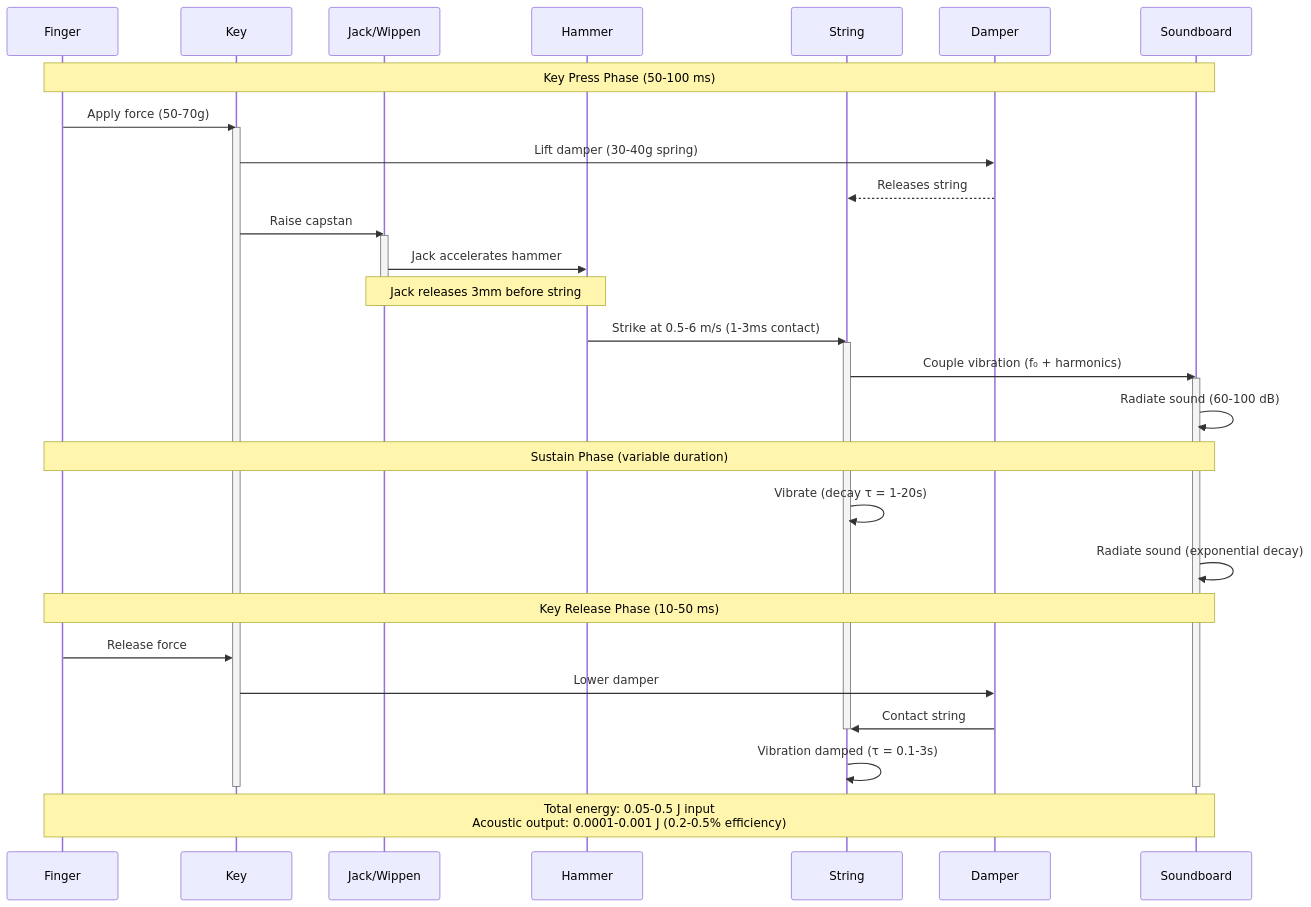
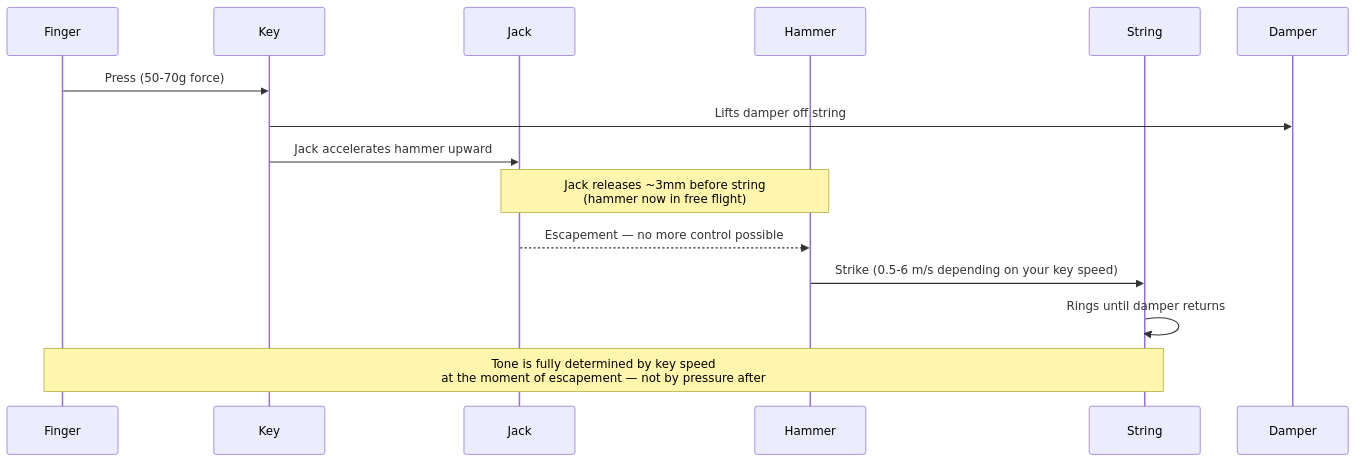
One commit to blebleblee/synapse changed the second of 2 diagrams in topics/arts/music_performance/piano/lesson_01_hand_posture_and_keyboard_geometries.md. Above: the diagram before and after it, drawn with Mermaid. The commit also changed other lines of this file and 4 other files, not shown here.

````diff
--- a/topics/arts/music_performance/piano/lesson_01_hand_posture_and_keyboard_geometries.md
+++ b/topics/arts/music_performance/piano/lesson_01_hand_posture_and_keyboard_geometries.md
@@ -83,41 +113,18 @@
 ```mermaid
 sequenceDiagram
     participant F as Finger
     participant K as Key
-    participant J as Jack/Wippen
+    participant J as Jack
     participant H as Hammer
     participant S as String
     participant D as Damper
-    participant B as Soundboard
 
-    Note over F,B: Key Press Phase (50-100 ms)
-    F->>K: Apply force (50-70g)
-    activate K
-    K->>D: Lift damper (30-40g spring)
-    D-->>S: Releases string
-    K->>J: Raise capstan
-    activate J
-    J->>H: Jack accelerates hammer
-    Note over J,H: Jack releases 3mm before string
-    deactivate J
-    H->>S: Strike at 0.5-6 m/s (1-3ms contact)
-    activate S
-    S->>B: Couple vibration (f₀ + harmonics)
-    activate B
-    B->>B: Radiate sound (60-100 dB)
-    
-    Note over F,B: Sustain Phase (variable duration)
-    S->>S: Vibrate (decay τ = 1-20s)
-    B->>B: Radiate sound (exponential decay)
-    
-    Note over F,B: Key Release Phase (10-50 ms)
-    F->>K: Release force
-    K->>D: Lower damper
-    D->>S: Contact string
-    deactivate S
-    S->>S: Vibration damped (τ = 0.1-3s)
-    deactivate B
-    deactivate K
-    
-    Note over F,B: Total energy: 0.05-0.5 J input<br/>Acoustic output: 0.0001-0.001 J (0.2-0.5% efficiency)
+    F->>K: Press (50-70g force)
+    K->>D: Lifts damper off string
+    K->>J: Jack accelerates hammer upward
+    Note over J,H: Jack releases ~3mm before string<br/>(hammer now in free flight)
+    J-->>H: Escapement — no more control possible
+    H->>S: Strike (0.5-6 m/s depending on your key speed)
+    S->>S: Rings until damper returns
+    Note over F,S: Tone is fully determined by key speed<br/>at the moment of escapement — not by pressure after
 ```
````
